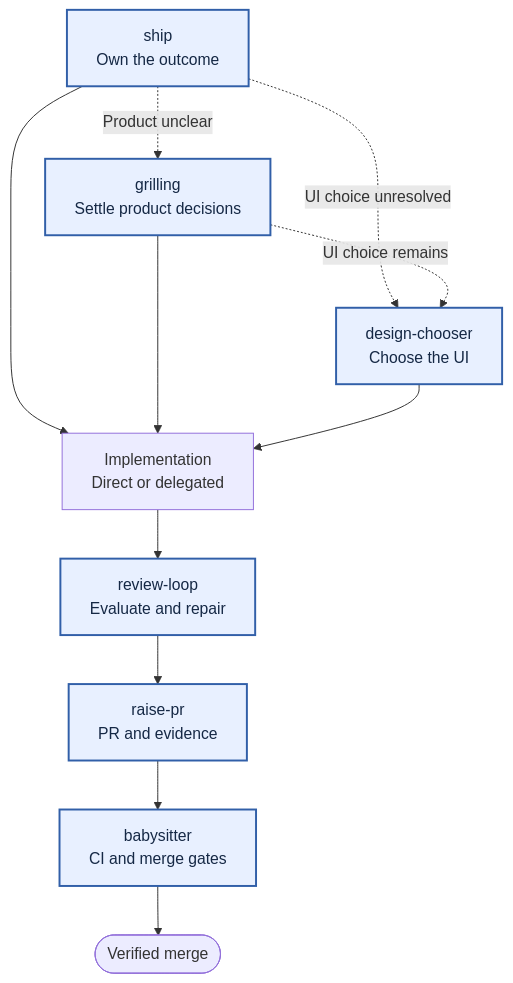
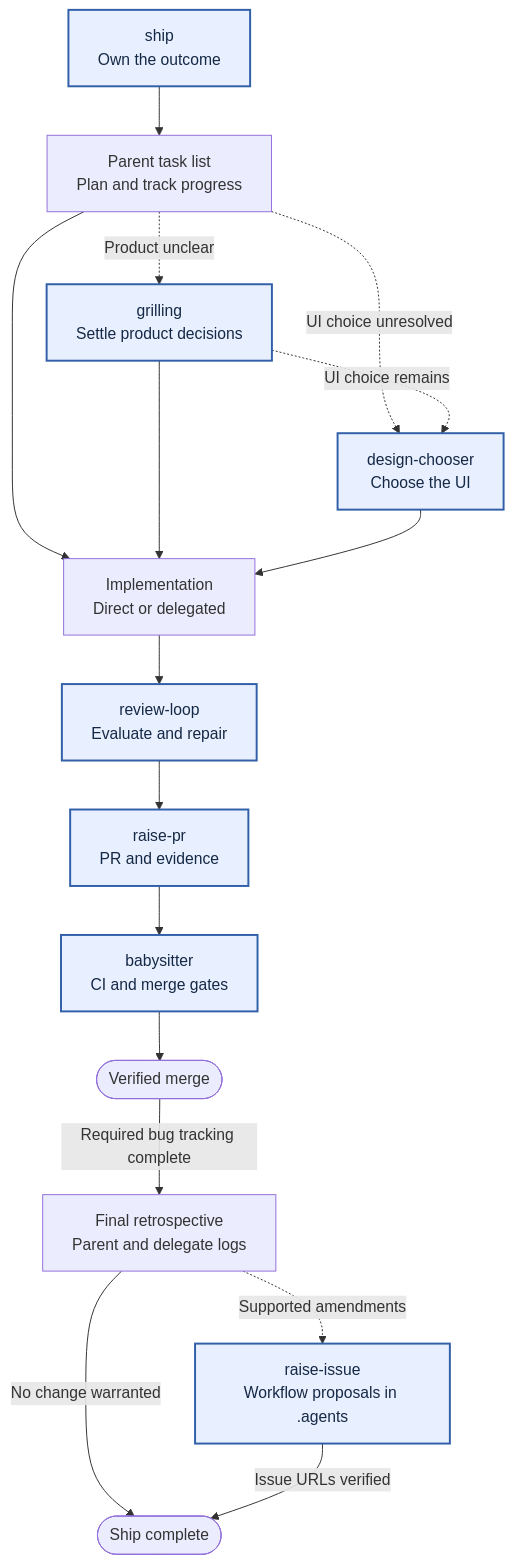
Before and after one commit to seankoji-com/.agents: the first of 3 diagrams in README.md, drawn with Mermaid. The commit also changed other lines of this file and 12 other files, not shown here.

Commit message:
Add ship progress tracking, retrospectives and T3 dispatch preflight

````diff
--- a/README.md
+++ b/README.md
@@ -28,23 +30,32 @@
 ```mermaid
 flowchart TD
     classDef skill fill:#e8f0ff,stroke:#315fa8,color:#152845,stroke-width:2px
     ship["ship<br/>Own the outcome"]:::skill
+    plan["Parent task list<br/>Plan and track progress"]
     grilling["grilling<br/>Settle product decisions"]:::skill
     design["design-chooser<br/>Choose the UI"]:::skill
     implementation["Implementation<br/>Direct or delegated"]
     review_loop["review-loop<br/>Evaluate and repair"]:::skill
     raise_pr["raise-pr<br/>PR and evidence"]:::skill
     babysitter["babysitter<br/>CI and merge gates"]:::skill
     merge(["Verified merge"])
+    retrospective["Final retrospective<br/>Parent and delegate logs"]
+    proposals["raise-issue<br/>Workflow proposals in .agents"]:::skill
+    finished(["Ship complete"])
 
-    ship -. "Product unclear" .-> grilling
-    ship -. "UI choice unresolved" .-> design
+    ship --> plan
+    plan -. "Product unclear" .-> grilling
+    plan -. "UI choice unresolved" .-> design
     grilling -. "UI choice remains" .-> design
-    ship --> implementation
+    plan --> implementation
     grilling --> implementation
     design --> implementation
     implementation --> review_loop
     review_loop --> raise_pr
     raise_pr --> babysitter
     babysitter --> merge
+    merge -->|"Required bug tracking complete"| retrospective
+    retrospective -. "Supported amendments" .-> proposals
+    retrospective -->|"No change warranted"| finished
+    proposals -->|"Issue URLs verified"| finished
 ```
````
